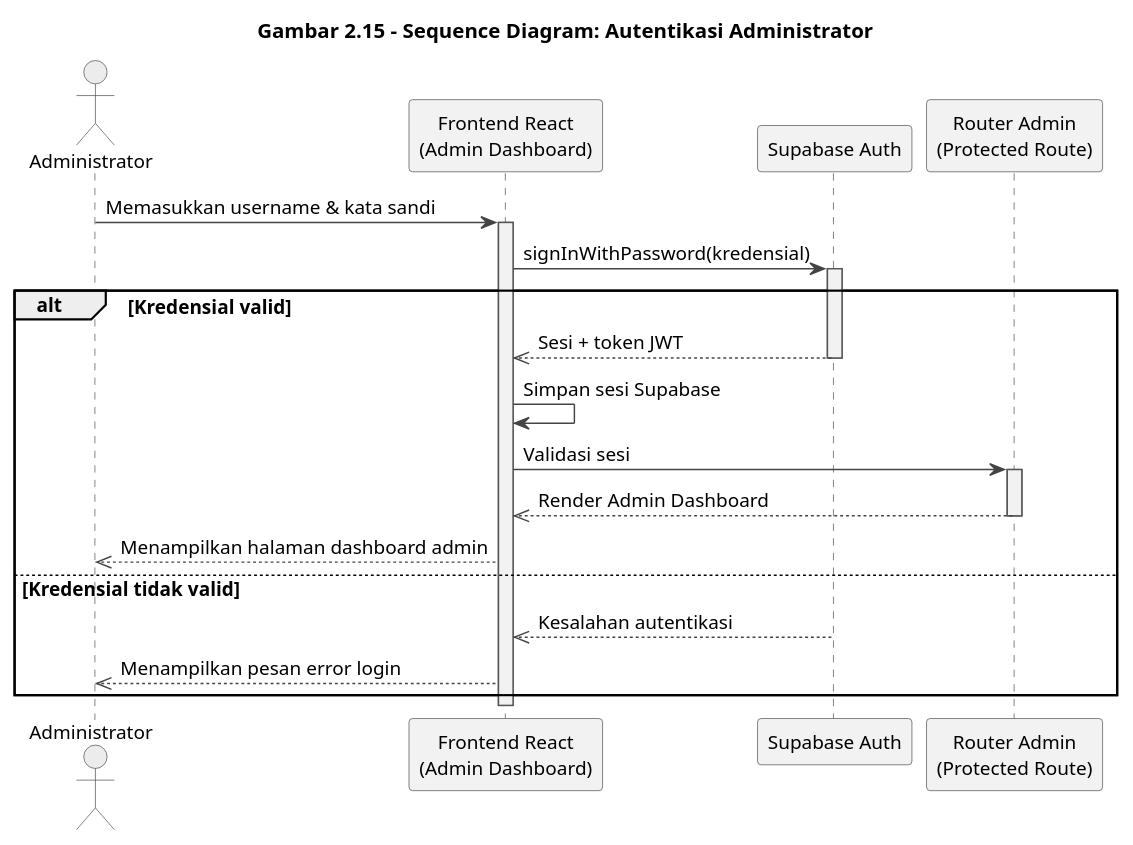
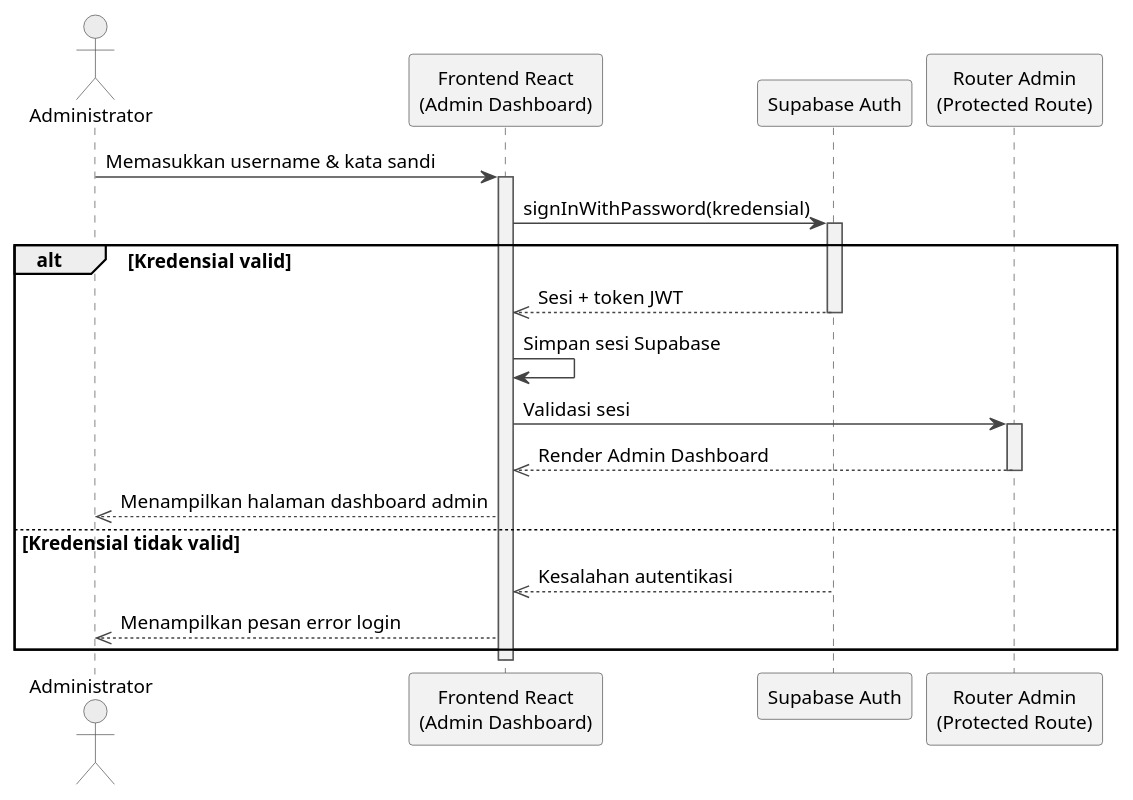
Before and after one commit to Jokskuyy/workflow-ta-proyek: the diagram in diagrams/gambar-2.15-sequence-autentikasi-admin.puml, drawn with PlantUML. The commit also changed 52 other files, not shown here.

Commit message:
docs: finalisasi laporan Iman dan diagram UML

```diff
--- a/diagrams/gambar-2.15-sequence-autentikasi-admin.puml
+++ b/diagrams/gambar-2.15-sequence-autentikasi-admin.puml
@@ -1,49 +1,48 @@
 @startuml gambar-2-15-sequence-autentikasi-admin
 ' Gambar 2.15 - Sequence Diagram: Autentikasi Administrator
 ' Sumber: BAB II - 2.3.3 Sequence Diagram (a)
 
 skinparam backgroundColor #FFFFFF
 skinparam shadowing false
 skinparam defaultFontName "Segoe UI"
 skinparam defaultFontSize 13
 skinparam sequenceArrowColor #444444
 skinparam sequenceLifeLineBorderColor #555555
 skinparam sequenceLifeLineBackgroundColor #F2F2F2
 skinparam participant {
   BackgroundColor #F2F2F2
   BorderColor #555555
 }
 skinparam actor {
   BackgroundColor #ECECEC
   BorderColor #555555
 }
 
-title Gambar 2.15 - Sequence Diagram: Autentikasi Administrator
 
 actor "Administrator" as Admin
 participant "Frontend React\n(Admin Dashboard)" as FE
 participant "Supabase Auth" as Auth
 participant "Router Admin\n(Protected Route)" as Router
 
 Admin -> FE : Memasukkan username & kata sandi
 activate FE
 FE -> Auth : signInWithPassword(kredensial)
 activate Auth
 
 alt Kredensial valid
   Auth -->> FE : Sesi + token JWT
   deactivate Auth
   FE -> FE : Simpan sesi Supabase
   FE -> Router : Validasi sesi
   activate Router
   Router -->> FE : Render Admin Dashboard
   deactivate Router
   FE -->> Admin : Menampilkan halaman dashboard admin
 else Kredensial tidak valid
   Auth -->> FE : Kesalahan autentikasi
   deactivate Auth
   FE -->> Admin : Menampilkan pesan error login
 end
 deactivate FE
 
 @enduml
```
